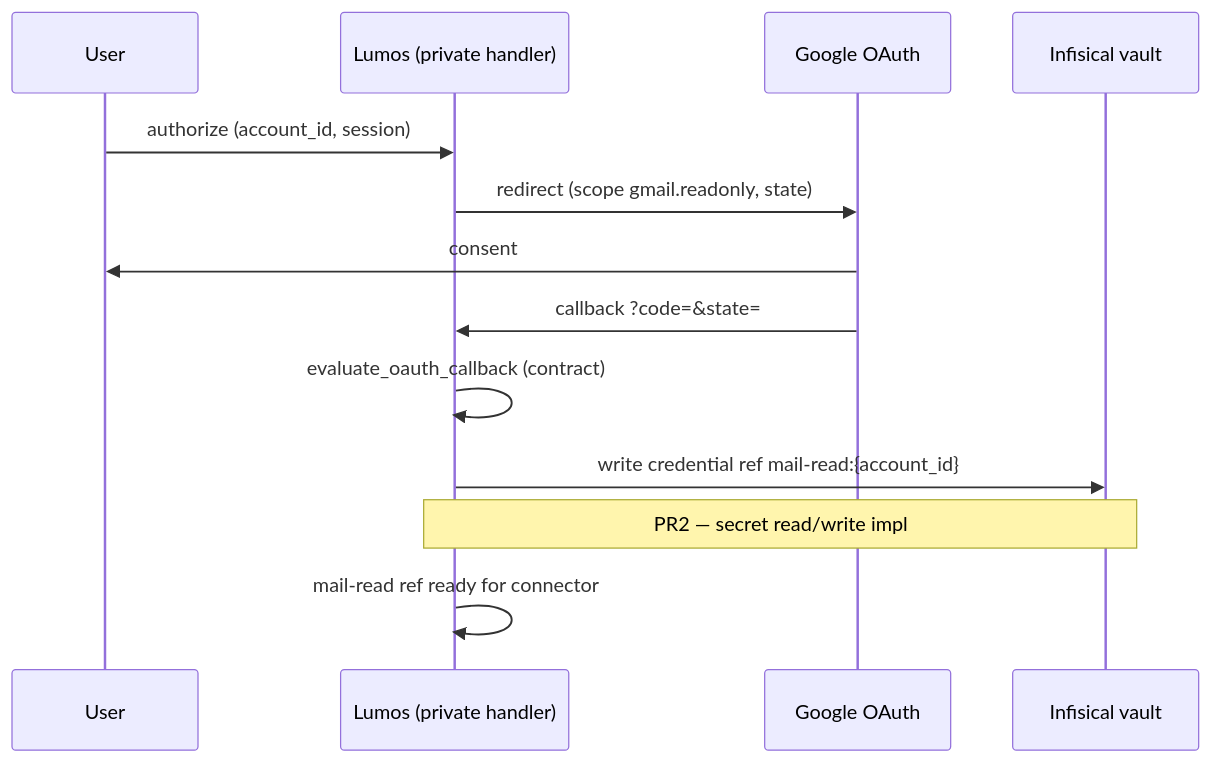
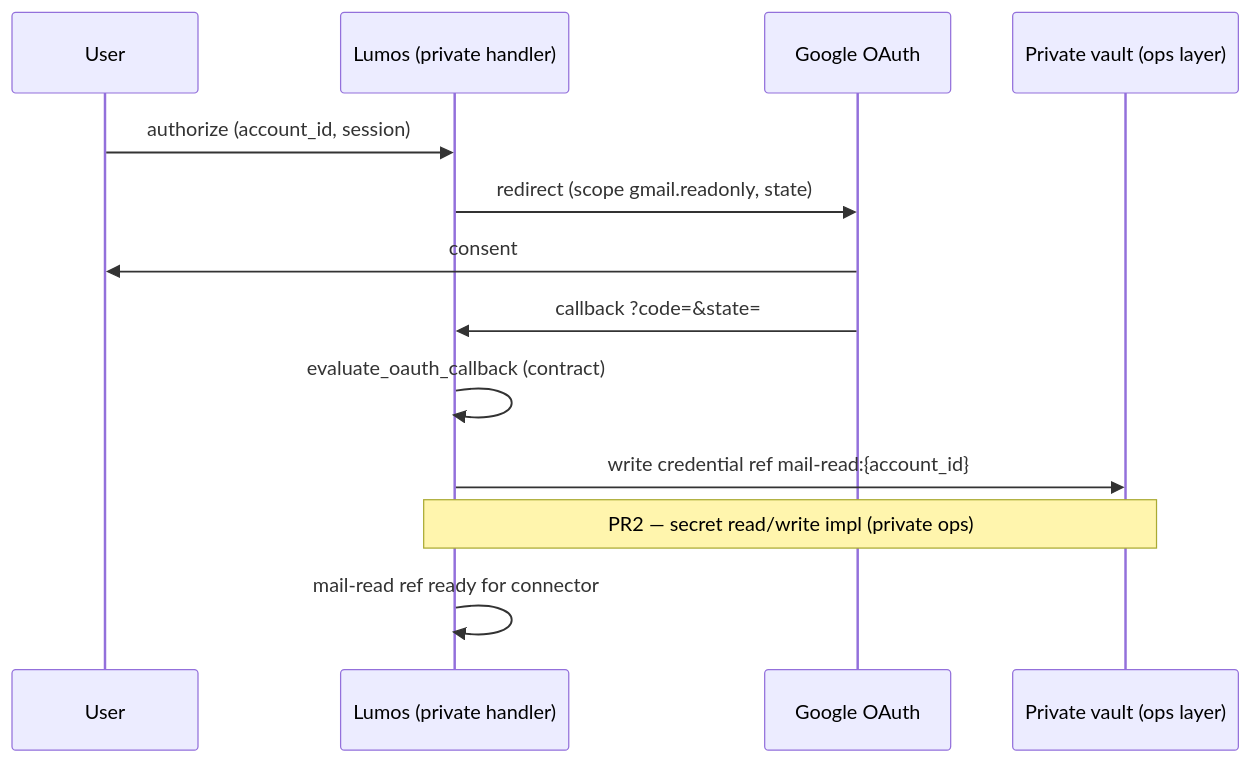
Before and after one commit to candasoz01-cmd/lumos-core: the diagram in docs/memory/gmail-oauth-callback-contract.md, drawn with Mermaid. The commit also changed other lines of this file and 3 other files, not shown here.

````diff
--- a/docs/memory/gmail-oauth-callback-contract.md
+++ b/docs/memory/gmail-oauth-callback-contract.md
@@ -13,16 +13,16 @@
 ```mermaid
 sequenceDiagram
     participant User
     participant Lumos as Lumos (private handler)
     participant Google as Google OAuth
-    participant Vault as Infisical vault
+    participant Vault as Private vault (ops layer)
 
     User->>Lumos: authorize (account_id, session)
     Lumos->>Google: redirect (scope gmail.readonly, state)
     Google->>User: consent
     Google->>Lumos: callback ?code=&state=
     Lumos->>Lumos: evaluate_oauth_callback (contract)
     Lumos->>Vault: write credential ref mail-read:{account_id}
-    Note over Lumos,Vault: PR2 — secret read/write impl
+    Note over Lumos,Vault: PR2 — secret read/write impl (private ops)
     Lumos->>Lumos: mail-read ref ready for connector
 ```
````
